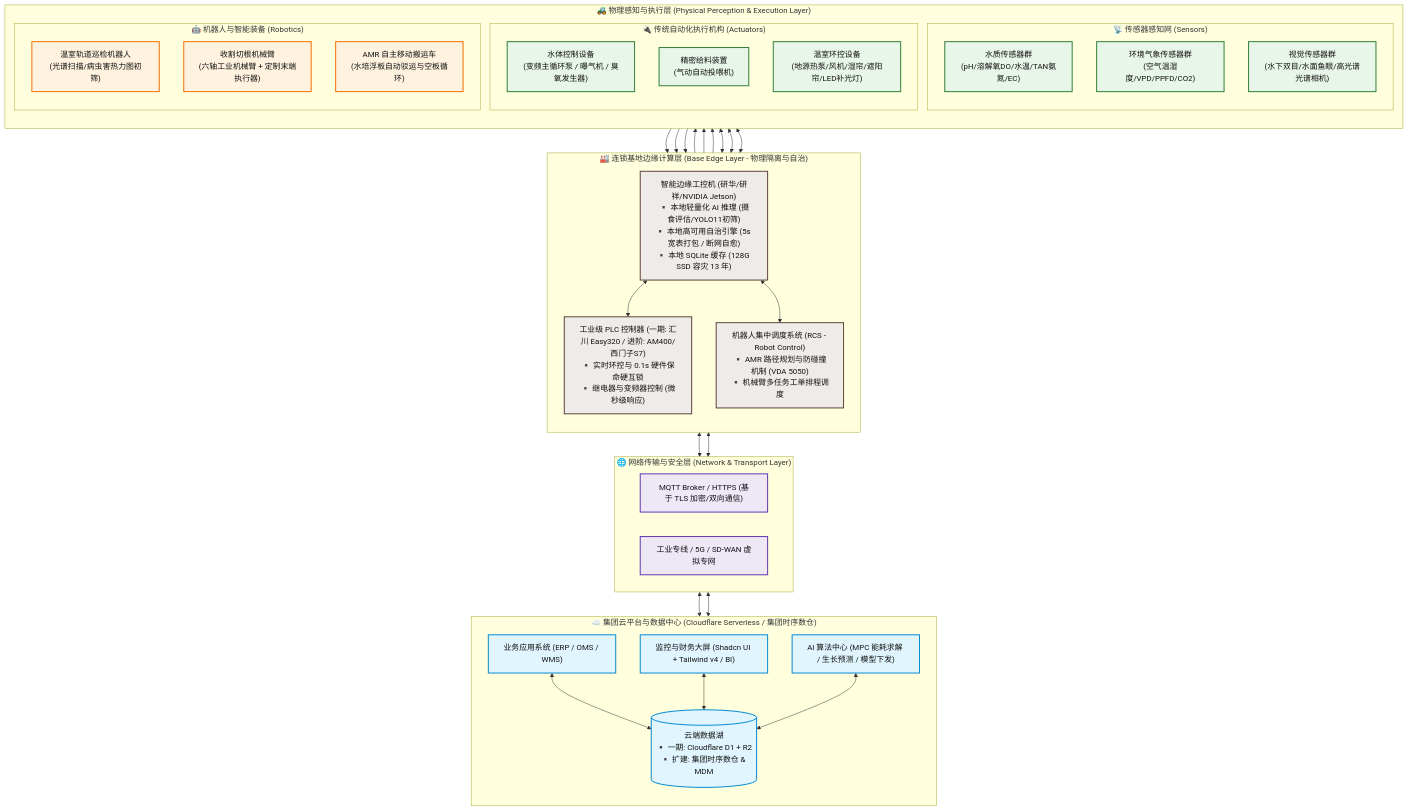
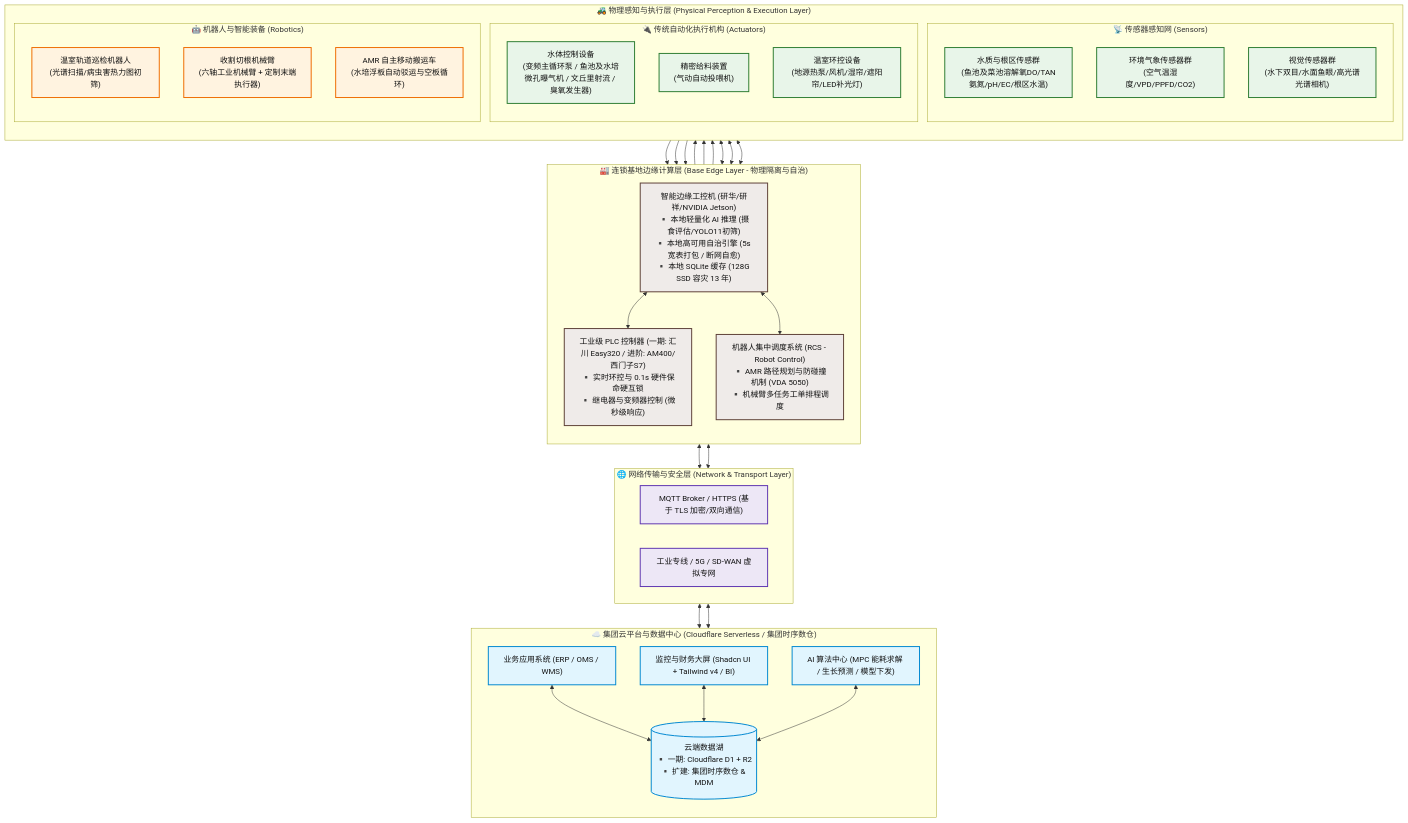
Before and after one commit to digitalboy/aquaponics: the first of 4 diagrams in docs/03_system_architecture/01_系统宏观架构设计.md, drawn with Mermaid. The commit also changed 35 other files, not shown here.

```diff
--- a/docs/03_system_architecture/01_系统宏观架构设计.md
+++ b/docs/03_system_architecture/01_系统宏观架构设计.md
@@ -73,14 +73,14 @@
         
         %% 传感器组
         subgraph Sensors["📡 传感器感知网 (Sensors)"]
-            WS["水质传感器群<br>(pH/溶解氧DO/水温/TAN氨氮/EC)"]:::physical
+            WS["水质与根区传感群<br>(鱼池及菜池溶解氧DO/TAN氨氮/pH/EC/根区水温)"]:::physical
             AS["环境气象传感器群<br>(空气温湿度/VPD/PPFD/CO2)"]:::physical
             CV["视觉传感器群<br>(水下双目/水面鱼眼/高光谱光谱相机)"]:::physical
         end
         
         %% 自动化设备组
         subgraph Actuators["🔌 传统自动化执行机构 (Actuators)"]
-            Pump["水体控制设备<br>(变频主循环泵 / 曝气机 / 臭氧发生器)"]:::physical
+            Pump["水体控制设备<br>(变频主循环泵 / 鱼池及水培微孔曝气机 / 文丘里射流 / 臭氧发生器)"]:::physical
             Feeder["精密给料装置<br>(气动自动投喂机)"]:::physical
             HVAC["温室环控设备<br>(地源热泵/风机/湿帘/遮阳帘/LED补光灯)"]:::physical
         end
```
